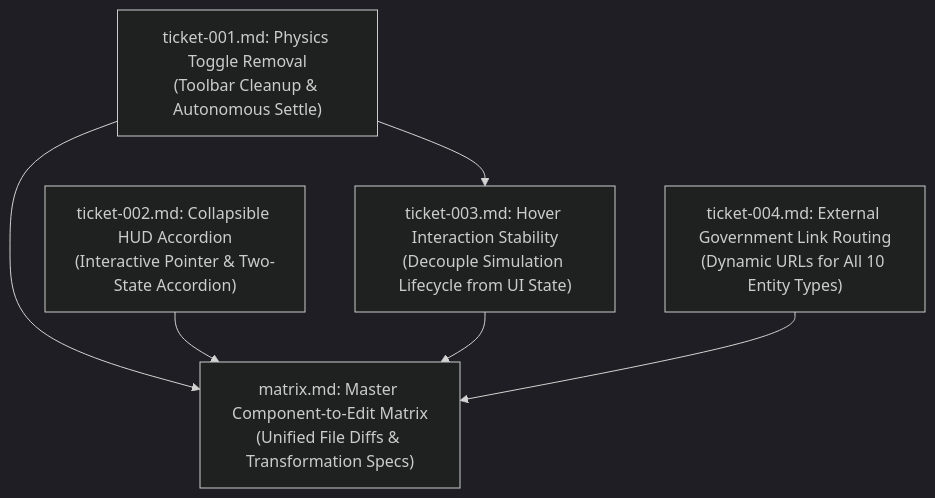
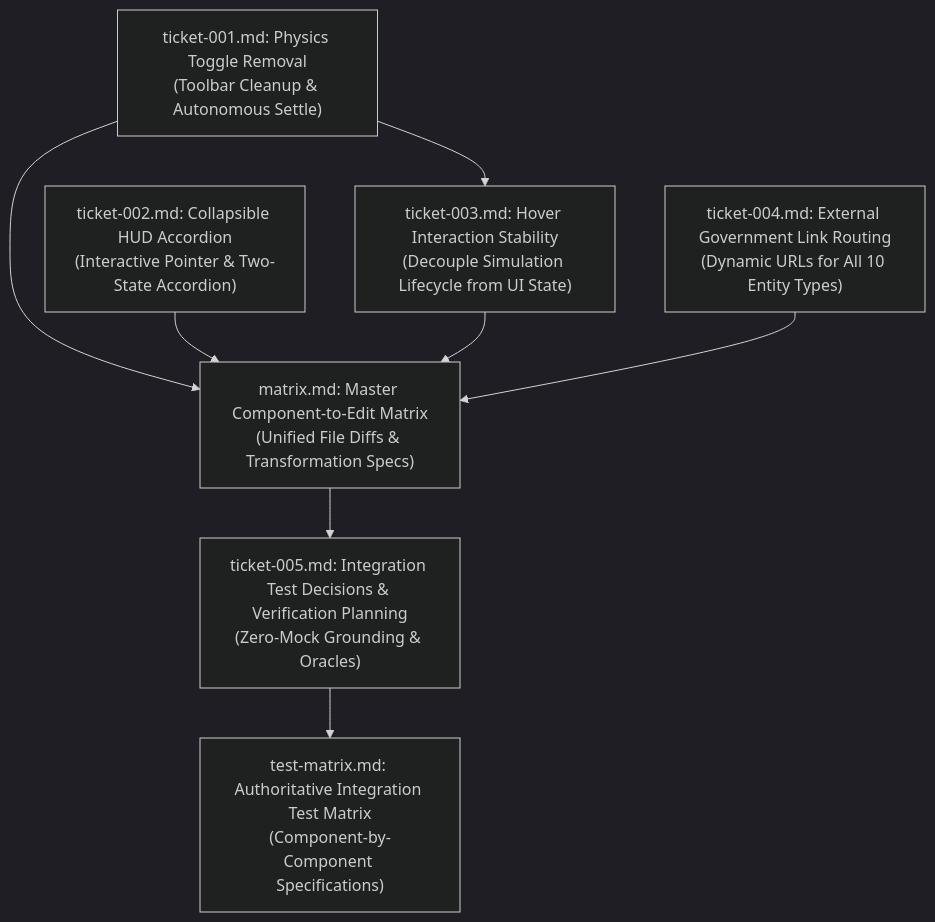
The diagram in wayfinder/20261013T165618-008-wcap/map.md (LuisP1028/LAG), drawn with Mermaid (dark theme) before and after one commit. The commit also changed other lines of this file and 3 other files, not shown here.

Commit message:
Add integration test plan ticket-005, test-matrix, and update map and test-plan handoff manifest

````diff
--- a/wayfinder/20261013T165618-008-wcap/map.md
+++ b/wayfinder/20261013T165618-008-wcap/map.md
@@ -45,11 +46,14 @@
 ```mermaid
 flowchart TD
     T001["ticket-001.md: Physics Toggle Removal\n(Toolbar Cleanup & Autonomous Settle)"]
     T002["ticket-002.md: Collapsible HUD Accordion\n(Interactive Pointer & Two-State Accordion)"]
     T003["ticket-003.md: Hover Interaction Stability\n(Decouple Simulation Lifecycle from UI State)"]
     T004["ticket-004.md: External Government Link Routing\n(Dynamic URLs for All 10 Entity Types)"]
     MATRIX["matrix.md: Master Component-to-Edit Matrix\n(Unified File Diffs & Transformation Specs)"]
+    T005["ticket-005.md: Integration Test Decisions & Verification Planning\n(Zero-Mock Grounding & Oracles)"]
+    TEST_MATRIX["test-matrix.md: Authoritative Integration Test Matrix\n(Component-by-Component Specifications)"]
 
     T001 --> T003
     T001 & T002 & T003 & T004 --> MATRIX
+    MATRIX --> T005 --> TEST_MATRIX
 ```
````
